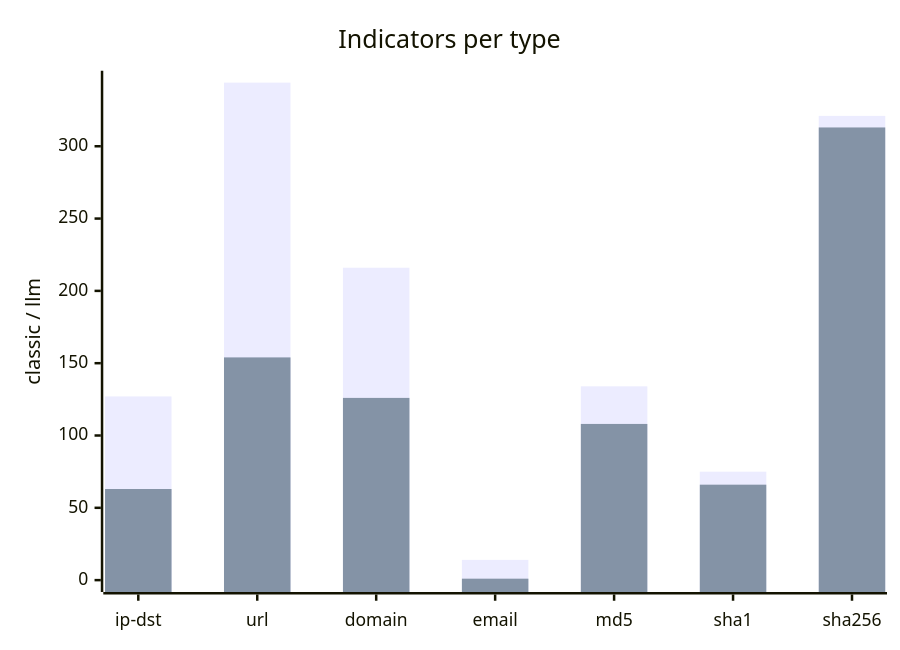
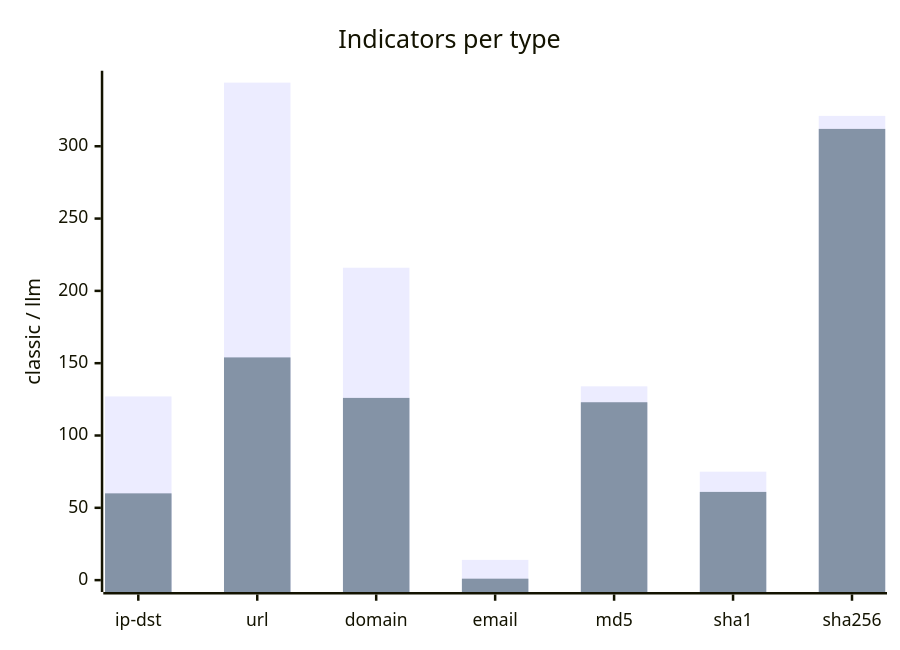
One commit to MISP/ai-connector changed the fifth of 5 diagrams in docs/BENCHMARKS_extraction.md. Above: the diagram before and after it, drawn with Mermaid. The commit also changed other lines of this file and 22 other files, not shown here.

````diff
--- a/docs/BENCHMARKS_extraction.md
+++ b/docs/BENCHMARKS_extraction.md
@@ -155,8 +155,8 @@
 ```mermaid
 xychart-beta
   title "Indicators per type"
   x-axis ["ip-dst", "url", "domain", "email", "md5", "sha1", "sha256"]
   y-axis "classic / llm" 0 --> 344
   bar [127, 344, 216, 14, 134, 75, 321]
-  bar [63, 154, 126, 1, 108, 66, 313]
+  bar [60, 154, 126, 1, 123, 61, 312]
 ```
````
